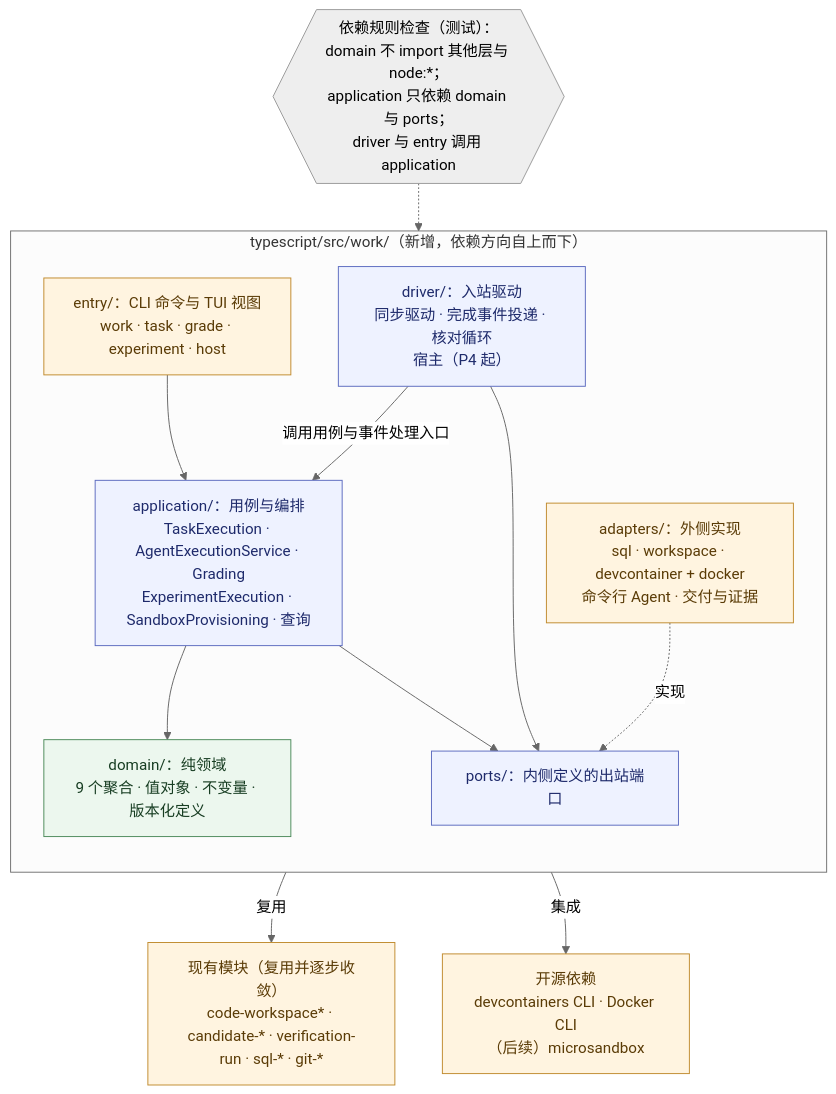
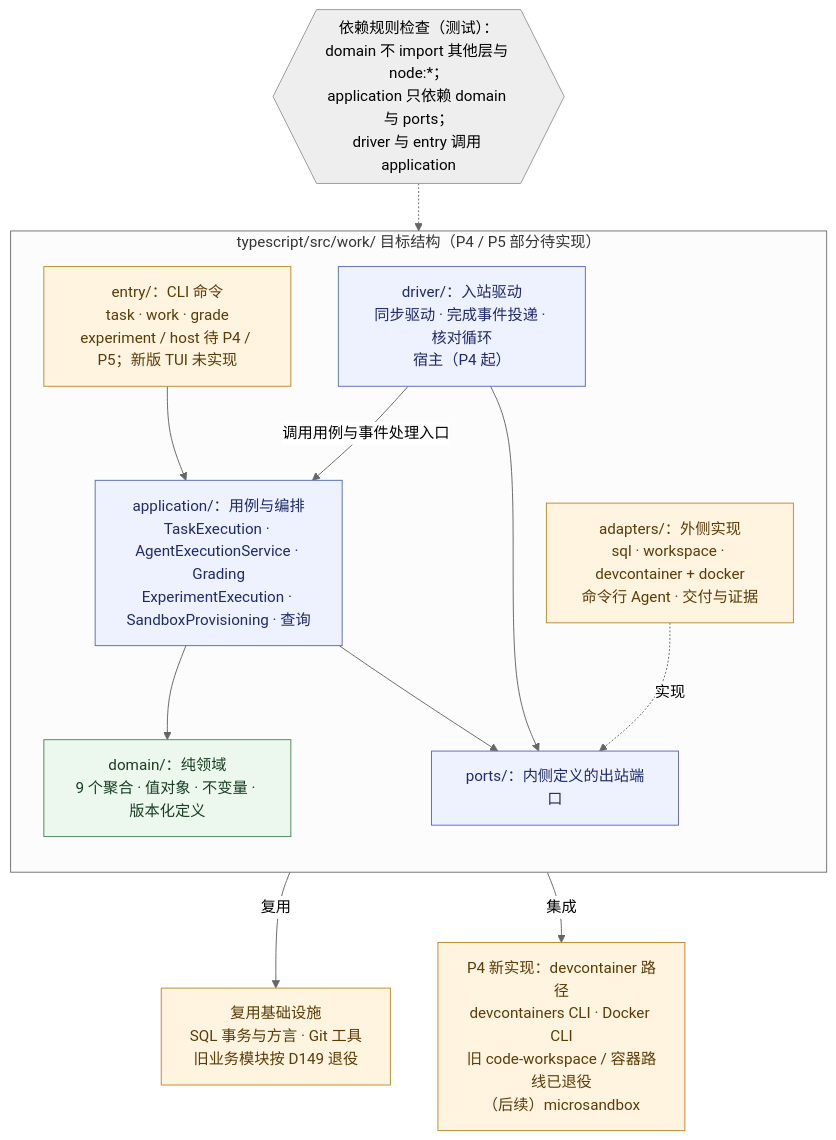
One commit to MaybeLL/Ground changed the diagram in docs/assets/impl-layout.mmd. Above: the diagram before and after it, drawn with Mermaid (neutral theme). The commit also changed 7 other files, not shown here.

```diff
--- a/docs/assets/impl-layout.mmd
+++ b/docs/assets/impl-layout.mmd
@@ -1,28 +1,28 @@
 flowchart TB
-  subgraph WORK["typescript/src/work/（新增，依赖方向自上而下）"]
+  subgraph WORK["typescript/src/work/ 目标结构（P4 / P5 部分待实现）"]
     direction TB
-    CLIW["entry/：CLI 命令与 TUI 视图<br/>work · task · grade · experiment · host"]
+    CLIW["entry/：CLI 命令<br/>task · work · grade<br/>experiment / host 待 P4 / P5；新版 TUI 未实现"]
     APPW["application/：用例与编排<br/>TaskExecution · AgentExecutionService · Grading<br/>ExperimentExecution · SandboxProvisioning · 查询"]
     DRVW["driver/：入站驱动<br/>同步驱动 · 完成事件投递 · 核对循环<br/>宿主（P4 起）"]
     DOMW["domain/：纯领域<br/>9 个聚合 · 值对象 · 不变量 · 版本化定义"]
     PORTW["ports/：内侧定义的出站端口"]
     ADPW["adapters/：外侧实现<br/>sql · workspace · devcontainer + docker<br/>命令行 Agent · 交付与证据"]
   end
-  LEG["现有模块（复用并逐步收敛）<br/>code-workspace* · candidate-* · verification-run · sql-* · git-*"]
+  LEG["复用基础设施<br/>SQL 事务与方言 · Git 工具<br/>旧业务模块按 D149 退役"]
   CLIW --> APPW
   APPW --> DOMW
   APPW --> PORTW
   DRVW -->|调用用例与事件处理入口| APPW
   DRVW --> PORTW
   ADPW -.->|实现| PORTW
   ADPW -->|复用| LEG
-  OSS["开源依赖<br/>devcontainers CLI · Docker CLI<br/>（后续）microsandbox"]
+  OSS["P4 新实现：devcontainer 路径<br/>devcontainers CLI · Docker CLI<br/>旧 code-workspace / 容器路线已退役<br/>（后续）microsandbox"]
   ADPW -->|集成| OSS
   CHK{{"依赖规则检查（测试）：<br/>domain 不 import 其他层与 node:*；<br/>application 只依赖 domain 与 ports；<br/>driver 与 entry 调用 application"}}
   CHK -.-> WORK
   classDef a fill:#eef2ff,stroke:#5b6abf,color:#1e2a6b;
   classDef d fill:#ecf7ee,stroke:#4c8a5a,color:#173d22;
   classDef o fill:#fff4e0,stroke:#c08a2d,color:#5a3b06;
   class APPW,DRVW,PORTW a;
   class DOMW d;
   class CLIW,ADPW,LEG,OSS o;
```
